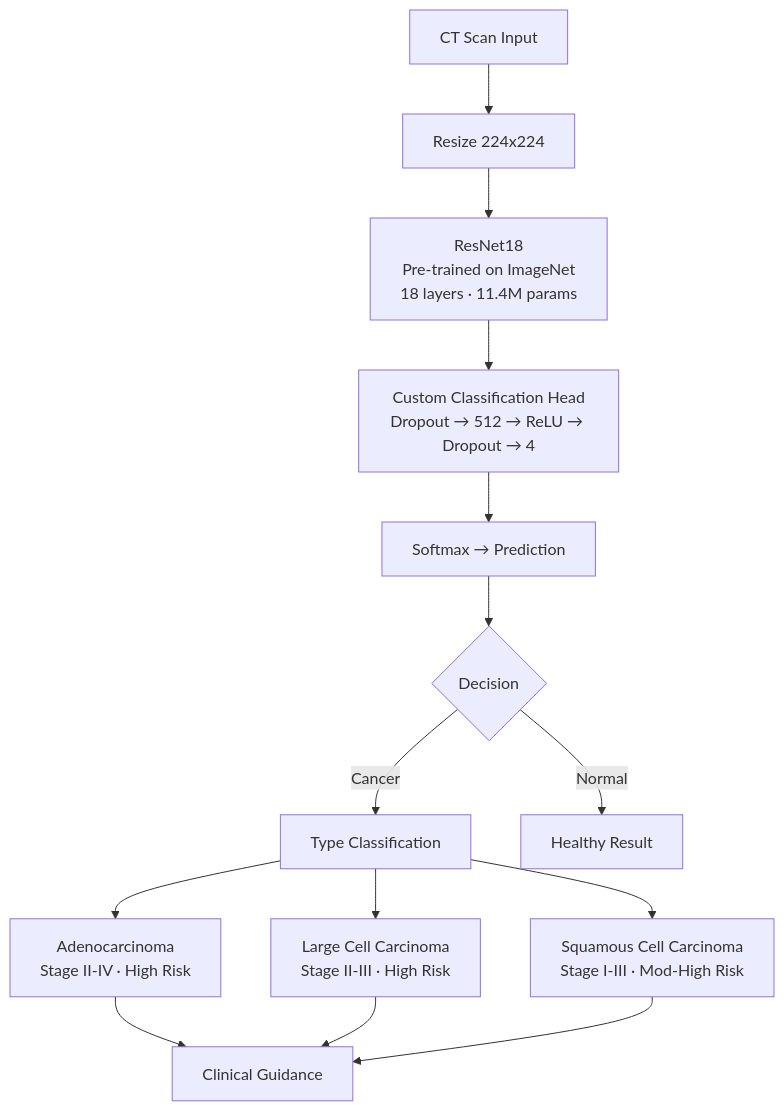
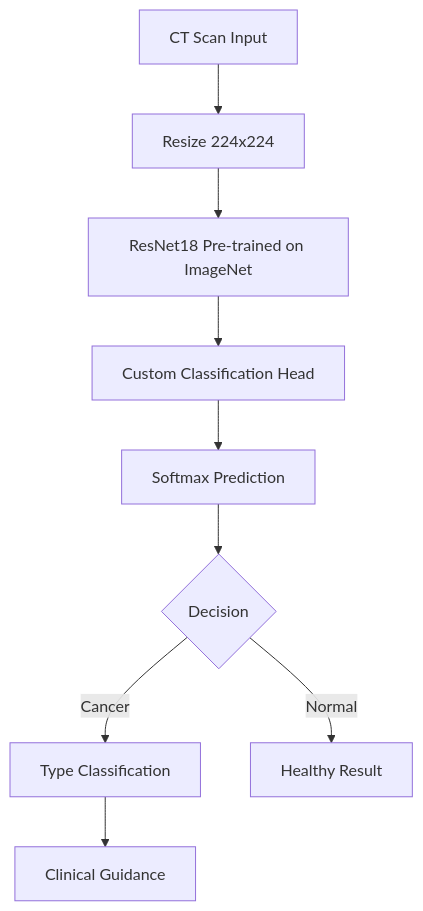
Before and after one commit to basitali08/lung-cancer-detection: the diagram in README.md, drawn with Mermaid. The commit also changed other lines of this file, not shown here.

````diff
--- a/README.md
+++ b/README.md
@@ -26,16 +35,11 @@
 ```mermaid
 graph TD
     A[CT Scan Input] --> B[Resize 224x224]
-    B --> C[ResNet18<br/>Pre-trained on ImageNet<br/>18 layers · 11.4M params]
-    C --> D[Custom Classification Head<br/>Dropout → 512 → ReLU → Dropout → 4]
-    D --> E[Softmax → Prediction]
+    B --> C[ResNet18 Pre-trained on ImageNet]
+    C --> D[Custom Classification Head]
+    D --> E[Softmax Prediction]
     E --> F{Decision}
     F -->|Cancer| G[Type Classification]
     F -->|Normal| H[Healthy Result]
-    G --> I[Adenocarcinoma<br/>Stage II-IV · High Risk]
-    G --> J[Large Cell Carcinoma<br/>Stage II-III · High Risk]
-    G --> K[Squamous Cell Carcinoma<br/>Stage I-III · Mod-High Risk]
-    I --> L[Clinical Guidance]
-    J --> L
-    K --> L
+    G --> I[Clinical Guidance]
 ```
````
